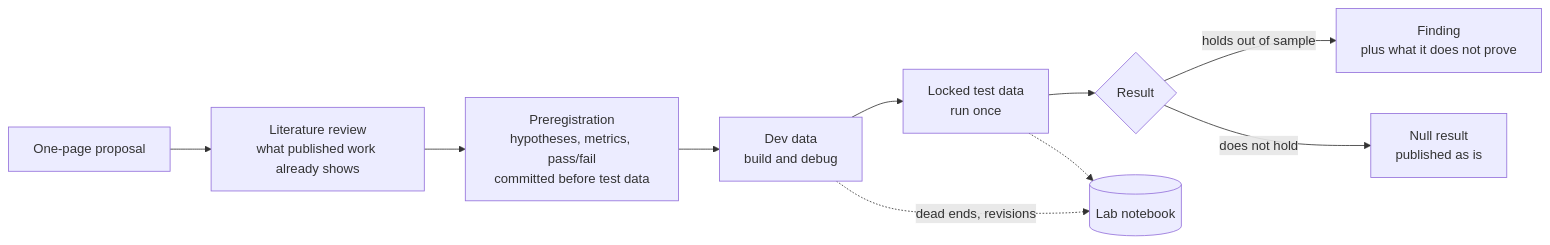
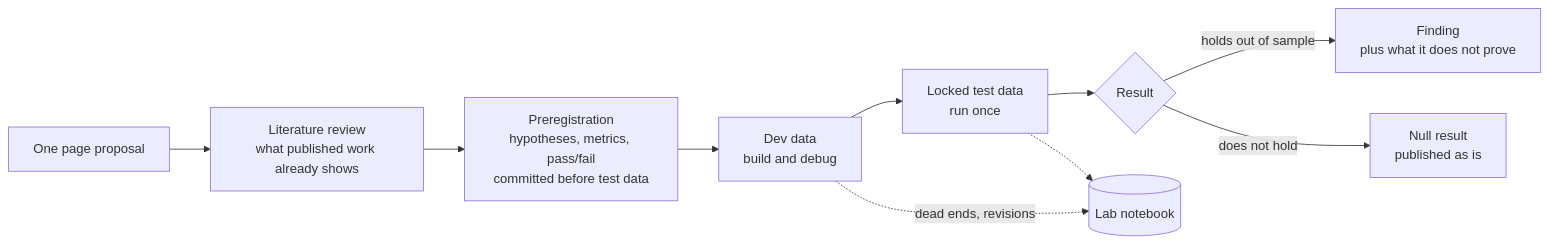
Before and after one commit to sohanHajra/Proposals: the diagram in README.md, drawn with Mermaid. The commit also changed other lines of this file and 4 other files, not shown here.

````diff
--- a/README.md
+++ b/README.md
@@ -14,12 +14,12 @@
 ```mermaid
 flowchart LR
-    A[One-page proposal] --> B[Literature review<br/>what published work already shows]
+    A[One page proposal] --> B[Literature review<br/>what published work already shows]
     B --> C[Preregistration<br/>hypotheses, metrics, pass/fail<br/>committed before test data]
     C --> D[Dev data<br/>build and debug]
     D --> E[Locked test data<br/>run once]
     E --> F{Result}
     F -->|holds out of sample| G[Finding<br/>plus what it does not prove]
     F -->|does not hold| H[Null result<br/>published as is]
     D -.dead ends, revisions.-> L[(Lab notebook)]
     E -.-> L
 ```
````
